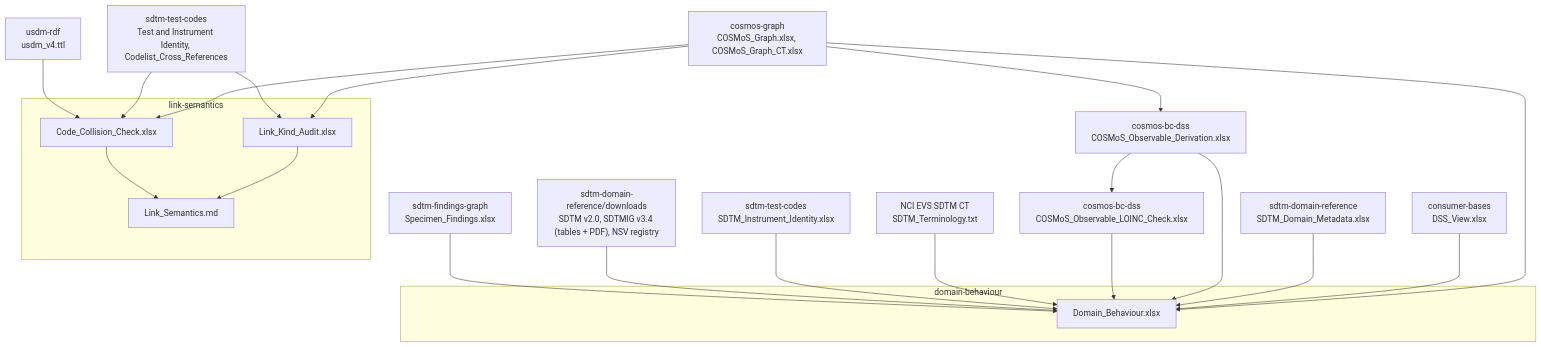
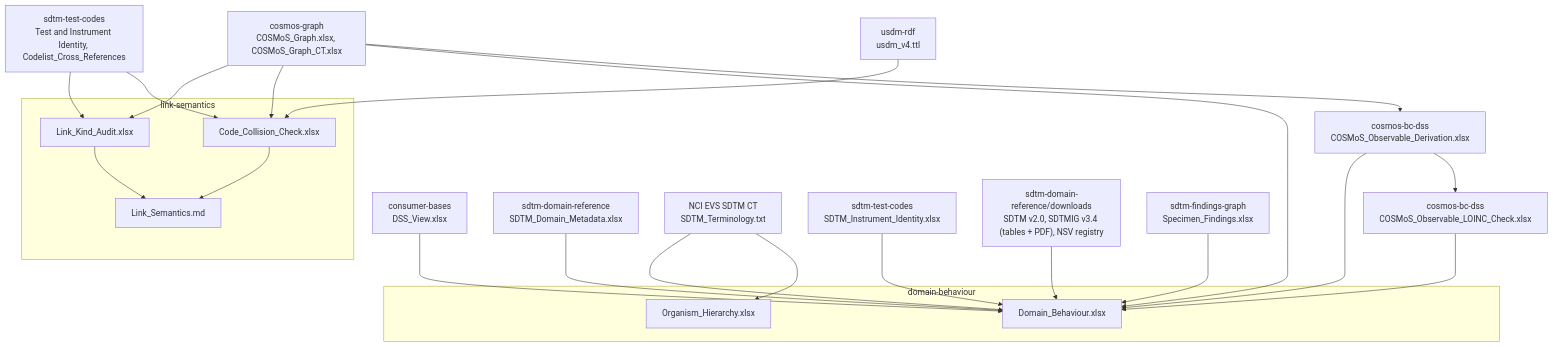
Before and after one commit to kerfors/cdisc-for-ai: the second of 2 diagrams in docs/Data_Flow.md, drawn with Mermaid. The commit also changed other lines of this file and 4 other files, not shown here.

Commit message:
domain-behaviour: Organism_Hierarchy — NCIt hierarchy above the MICROORG terms; family rank read from the name (ours)

````diff
--- a/docs/Data_Flow.md
+++ b/docs/Data_Flow.md
@@ -79,46 +79,48 @@
 ```mermaid
 graph TD
     CGX["cosmos-graph<br/>COSMoS_Graph.xlsx, COSMoS_Graph_CT.xlsx"]
     STC["sdtm-test-codes<br/>Test and Instrument Identity, Codelist_Cross_References"]
     USDM["usdm-rdf<br/>usdm_v4.ttl"]
 
     subgraph link-semantics
         LKA["Link_Kind_Audit.xlsx"]
         CCC["Code_Collision_Check.xlsx"]
         LS["Link_Semantics.md"]
     end
 
     CGX --> LKA
     STC --> LKA
     CGX --> CCC
     STC --> CCC
     USDM --> CCC
 
     LKA --> LS
     CCC --> LS
 
     DV["consumer-bases<br/>DSS_View.xlsx"]
     DM["sdtm-domain-reference<br/>SDTM_Domain_Metadata.xlsx"]
     OD["cosmos-bc-dss<br/>COSMoS_Observable_Derivation.xlsx"]
     OL["cosmos-bc-dss<br/>COSMoS_Observable_LOINC_Check.xlsx"]
     EVSX["NCI EVS SDTM CT<br/>SDTM_Terminology.txt"]
     SI["sdtm-test-codes<br/>SDTM_Instrument_Identity.xlsx"]
     SV["sdtm-domain-reference/downloads<br/>SDTM v2.0, SDTMIG v3.4 (tables + PDF), NSV registry"]
     SFX["sdtm-findings-graph<br/>Specimen_Findings.xlsx"]
 
     subgraph domain-behaviour
         DB["Domain_Behaviour.xlsx"]
+        OH["Organism_Hierarchy.xlsx"]
     end
 
     CGX --> DB
     DV --> DB
     DM --> DB
     CGX --> OD
     OD --> DB
     OD --> OL
     OL --> DB
     EVSX --> DB
+    EVSX --> OH
     SI --> DB
     SV --> DB
     SFX --> DB
 ```
````
